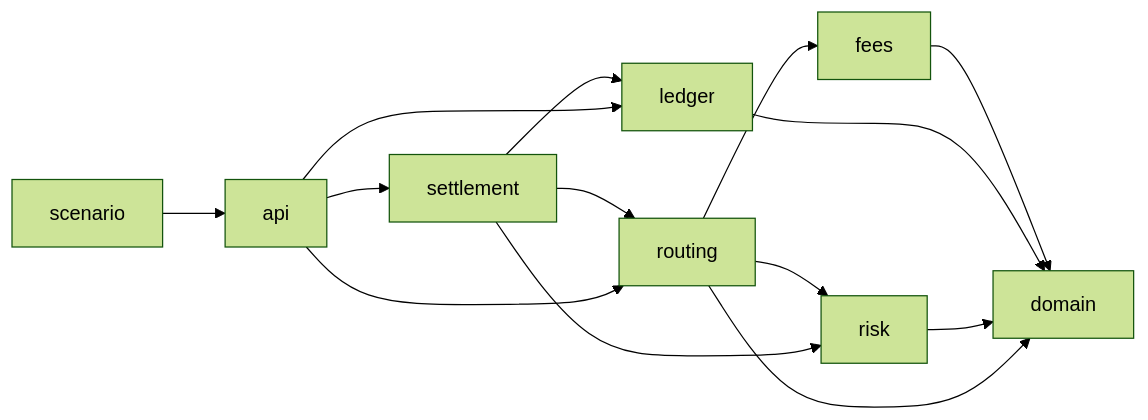
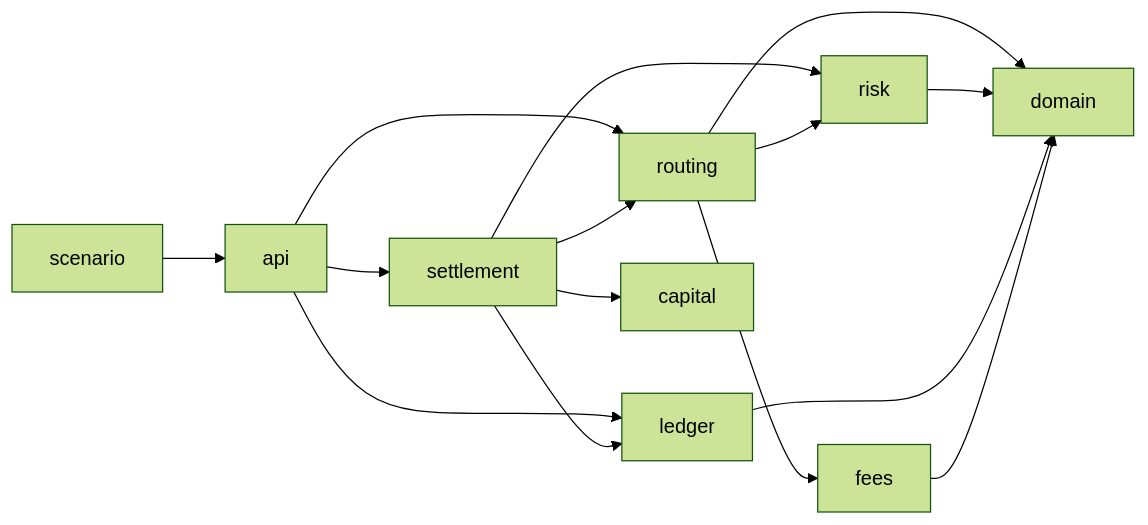
One commit to SolguardLabs/CompassDTL changed the second of 3 diagrams in docs/01-arquitectura.md. Above: the diagram before and after it, drawn with Mermaid (forest theme). The commit also changed other lines of this file and 17 other files, not shown here.

````diff
--- a/docs/01-arquitectura.md
+++ b/docs/01-arquitectura.md
@@ -37,17 +37,18 @@
 ```mermaid
 graph LR
     DOMAIN["domain"]
     FEES["fees"] --> DOMAIN
     LEDGER["ledger"] --> DOMAIN
     RISK["risk"] --> DOMAIN
     ROUTING["routing"] --> DOMAIN
     ROUTING --> FEES
     ROUTING --> RISK
     SETTLEMENT["settlement"] --> LEDGER
     SETTLEMENT --> RISK
     SETTLEMENT --> ROUTING
+    SETTLEMENT --> CAPITAL["capital"]
     API["api"] --> SETTLEMENT
     API --> ROUTING
     API --> LEDGER
     SCENARIO["scenario"] --> API
 ```
````
